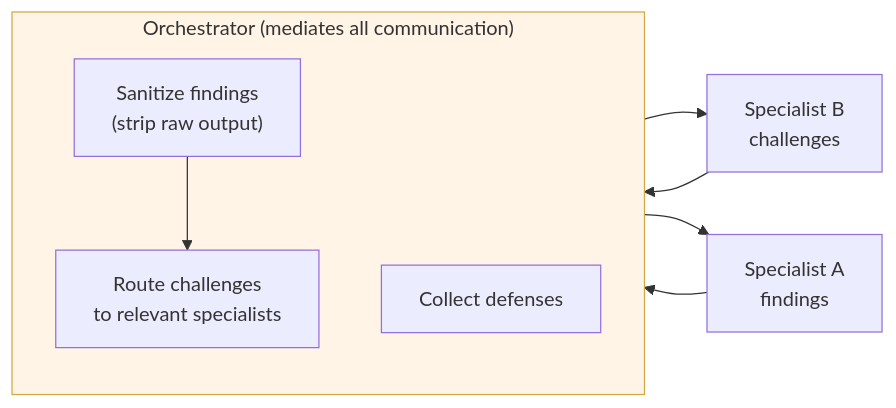
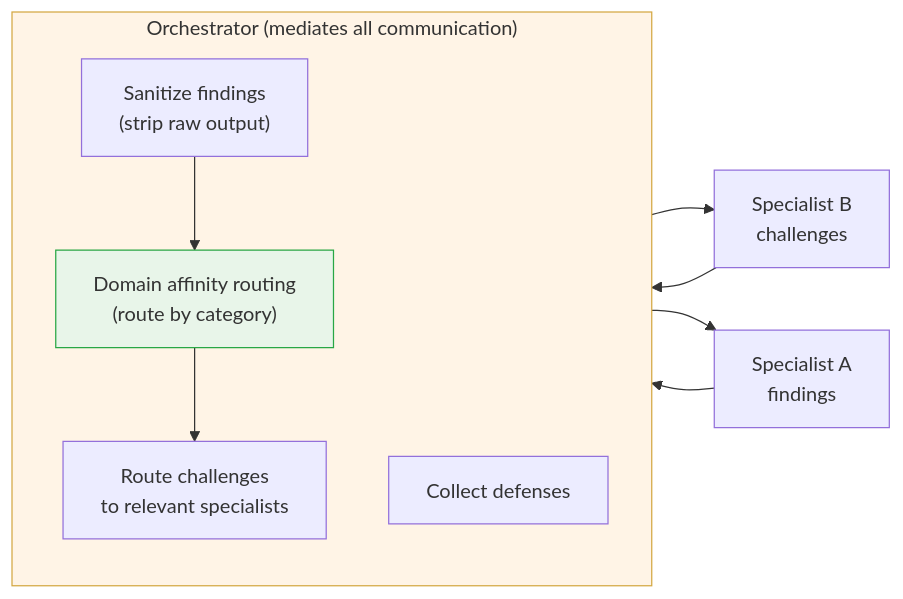
One commit to ugiordan/adversarial-reviewing changed the second of 2 diagrams in site/docs/architecture/multi-agent-isolation.md. Above: the diagram before and after it, drawn with Mermaid. The commit also changed other lines of this file and 22 other files, not shown here.

````diff
--- a/site/docs/architecture/multi-agent-isolation.md
+++ b/site/docs/architecture/multi-agent-isolation.md
@@ -56,17 +60,19 @@
 ```mermaid
 flowchart LR
     subgraph Orchestrator["Orchestrator (mediates all communication)"]
         direction TB
         SANITIZE["Sanitize findings\n(strip raw output)"]
+        AFFINITY["Domain affinity routing\n(route by category)"]
         ROUTE["Route challenges\nto relevant specialists"]
         COLLECT["Collect defenses"]
+        SANITIZE --> AFFINITY --> ROUTE
     end
 
     SPEC_A["Specialist A\nfindings"] --> SANITIZE
-    SANITIZE --> ROUTE
     ROUTE --> SPEC_B["Specialist B\nchallenges"]
     SPEC_B --> COLLECT
     COLLECT --> SPEC_A
 
     style Orchestrator fill:#fff4e6,stroke:#d4a843
+    style AFFINITY fill:#e8f5e9,stroke:#28a745
 ```
````
